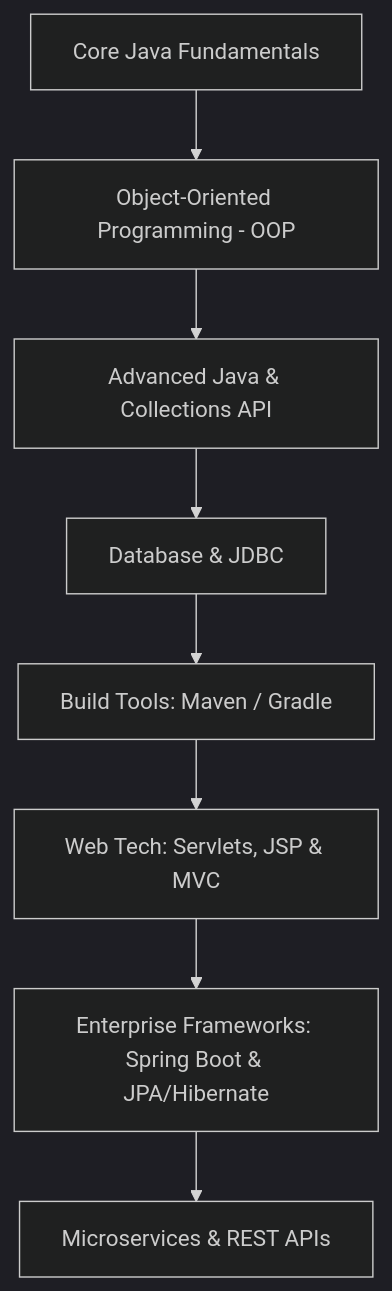
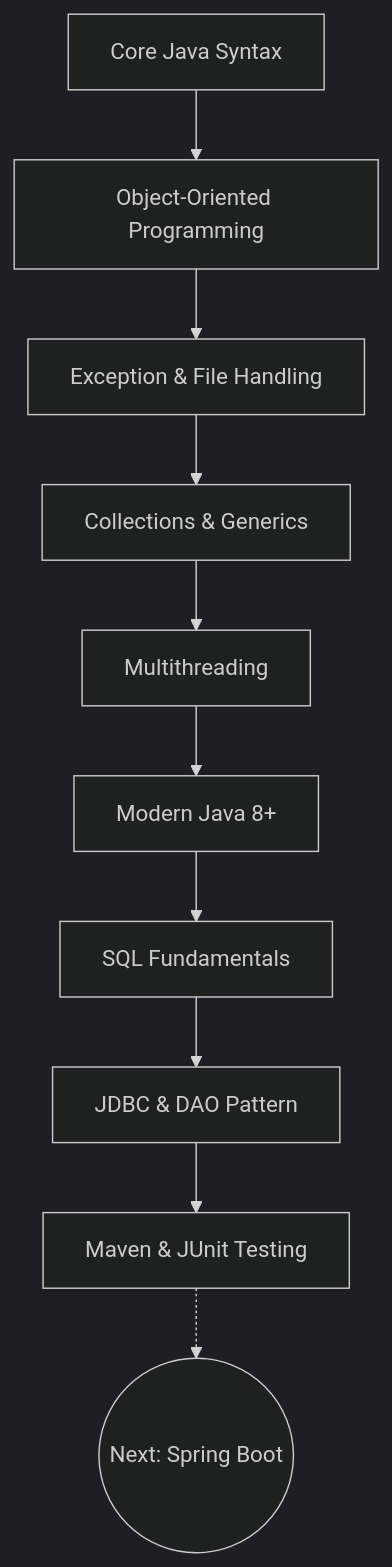
One commit to Mohammad-Asfin/Java changed the diagram in README.md. Above: the diagram before and after it, drawn with Mermaid (dark theme). The commit also changed other lines of this file and 28 other files, not shown here.

Commit message:
feat: add extensive Core Java learning modules, Maven testing suite, and JDBC student management implementation

````diff
--- a/README.md
+++ b/README.md
@@ -44,10 +9,12 @@
 ```mermaid
 graph TD
-    A[Core Java Fundamentals] --> B[Object-Oriented Programming - OOP]
-    B --> C[Advanced Java & Collections API]
-    C --> D[Database & JDBC]
-    D --> E[Build Tools: Maven / Gradle]
-    E --> F[Web Tech: Servlets, JSP & MVC]
-    F --> G[Enterprise Frameworks: Spring Boot & JPA/Hibernate]
-    G --> H[Microservices & REST APIs]
+    A[Core Java Syntax] --> B[Object-Oriented Programming]
+    B --> C[Exception & File Handling]
+    C --> D[Collections & Generics]
+    D --> E[Multithreading]
+    E --> F[Modern Java 8+]
+    F --> G[SQL Fundamentals]
+    G --> H[JDBC & DAO Pattern]
+    H --> I[Maven & JUnit Testing]
+    I -.-> J((Next: Spring Boot))
 ```
````
